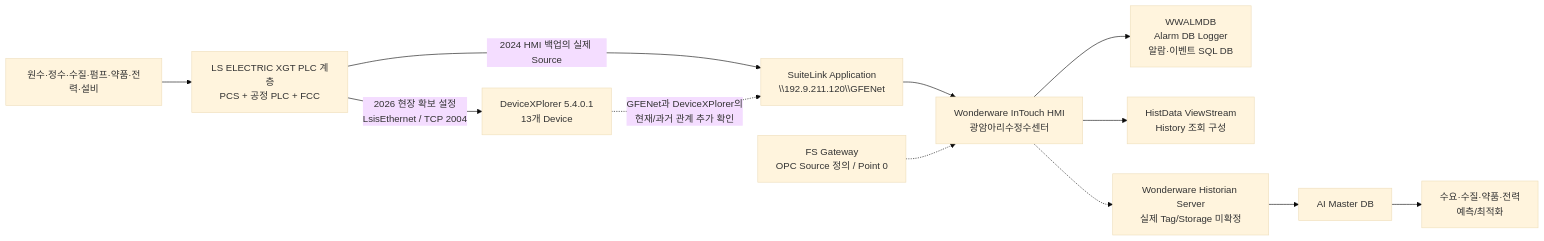
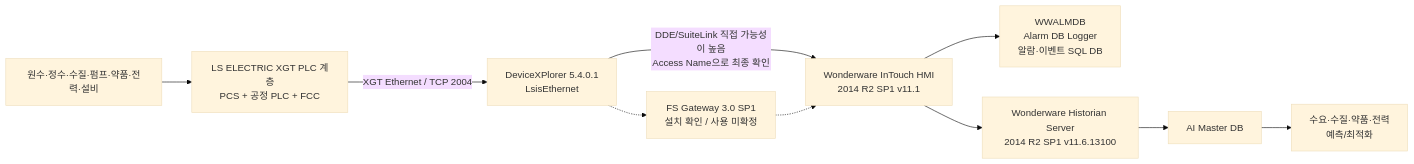
Before and after one commit to hori5000/Rulmera-OPA: the first of 3 diagrams in 20-Water-AI/광암/20-현장-시스템/01-광암-데이터흐름-및-통신구조.md, drawn with Mermaid (base theme). The commit also changed other lines of this file and 190 other files, not shown here.

````diff
--- a/20-Water-AI/광암/20-현장-시스템/01-광암-데이터흐름-및-통신구조.md
+++ b/20-Water-AI/광암/20-현장-시스템/01-광암-데이터흐름-및-통신구조.md
@@ -40,18 +27,12 @@
 ```mermaid
 flowchart LR
     FIELD["원수·정수·수질·펌프·약품·전력·설비"] --> PLC["LS ELECTRIC XGT PLC 계층<br/>PCS + 공정 PLC + FCC"]
-
-    PLC -->|"2026 현장 확보 설정<br/>LsisEthernet / TCP 2004"| DXP["DeviceXPlorer 5.4.0.1<br/>13개 Device"]
-
-    PLC -->|"2024 HMI 백업의 실제 Source"| GF["SuiteLink Application<br/>\\192.9.211.120\\GFENet"]
-    DXP -.->|"GFENet과 DeviceXPlorer의<br/>현재/과거 관계 추가 확인"| GF
-
-    GF --> IT["Wonderware InTouch HMI<br/>광암아리수정수센터"]
-
-    FSG["FS Gateway<br/>OPC Source 정의 / Point 0"] -.-> IT
+    PLC -->|"XGT Ethernet / TCP 2004"| DXP["DeviceXPlorer 5.4.0.1<br/>LsisEthernet"]
+    DXP -->|"DDE/SuiteLink 직접 가능성이 높음<br/>Access Name으로 최종 확인"| IT["Wonderware InTouch HMI<br/>2014 R2 SP1 v11.1"]
+    DXP -.-> FSG["FS Gateway 3.0 SP1<br/>설치 확인 / 사용 미확정"]
+    FSG -.-> IT
     IT --> ALMDB["WWALMDB<br/>Alarm DB Logger<br/>알람·이벤트 SQL DB"]
-    IT --> HD["HistData ViewStream<br/>History 조회 구성"]
-    IT -.-> HIST["Wonderware Historian Server<br/>실제 Tag/Storage 미확정"]
+    IT --> HIST["Wonderware Historian Server<br/>2014 R2 SP1 v11.6.13100"]
     HIST --> MASTER["AI Master DB"]
     MASTER --> AI["수요·수질·약품·전력<br/>예측/최적화"]
 ```
````
